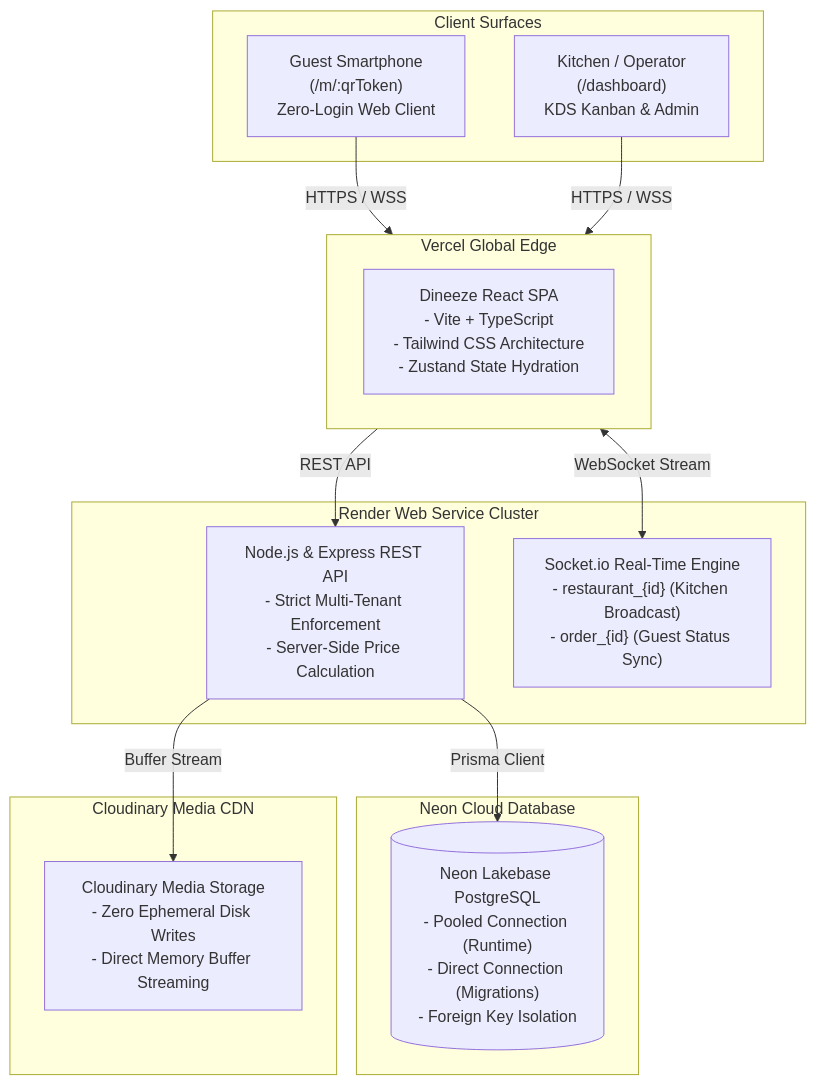
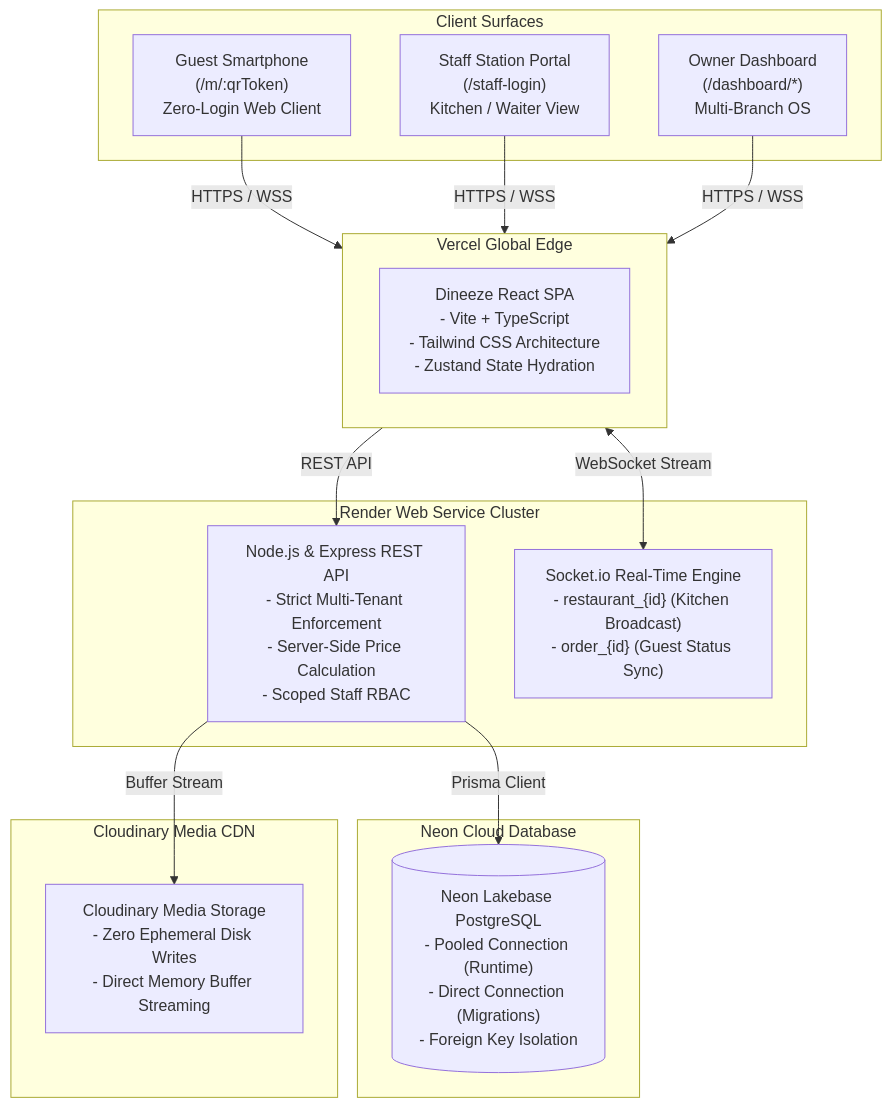
Before and after one commit to yasirraeesit/dineeze: the diagram in README.md, drawn with Mermaid. The commit also changed other lines of this file and 5 other files, not shown here.

````diff
--- a/README.md
+++ b/README.md
@@ -94,31 +113,33 @@
 ```mermaid
 flowchart TD
     subgraph Clients["Client Surfaces"]
         Guest["Guest Smartphone\n(/m/:qrToken)\nZero-Login Web Client"]
-        Staff["Kitchen / Operator\n(/dashboard)\nKDS Kanban & Admin"]
+        Staff["Staff Station Portal\n(/staff-login)\nKitchen / Waiter View"]
+        Owner["Owner Dashboard\n(/dashboard/*)\nMulti-Branch OS"]
     end
 
     subgraph Edge["Vercel Global Edge"]
         Frontend["Dineeze React SPA\n- Vite + TypeScript\n- Tailwind CSS Architecture\n- Zustand State Hydration"]
     end
 
     subgraph Core["Render Web Service Cluster"]
-        API["Node.js & Express REST API\n- Strict Multi-Tenant Enforcement\n- Server-Side Price Calculation"]
+        API["Node.js & Express REST API\n- Strict Multi-Tenant Enforcement\n- Server-Side Price Calculation\n- Scoped Staff RBAC"]
         Sockets["Socket.io Real-Time Engine\n- restaurant_{id} (Kitchen Broadcast)\n- order_{id} (Guest Status Sync)"]
     end
 
     subgraph Data["Neon Cloud Database"]
         DB[("Neon Lakebase PostgreSQL\n- Pooled Connection (Runtime)\n- Direct Connection (Migrations)\n- Foreign Key Isolation")]
     end
 
     subgraph Storage["Cloudinary Media CDN"]
         CDN["Cloudinary Media Storage\n- Zero Ephemeral Disk Writes\n- Direct Memory Buffer Streaming"]
     end
 
     Guest -->|HTTPS / WSS| Edge
     Staff -->|HTTPS / WSS| Edge
+    Owner -->|HTTPS / WSS| Edge
     Edge -->|REST API| API
     Edge <-->|WebSocket Stream| Sockets
     API -->|Prisma Client| DB
     API -->|Buffer Stream| CDN
 ```
````
